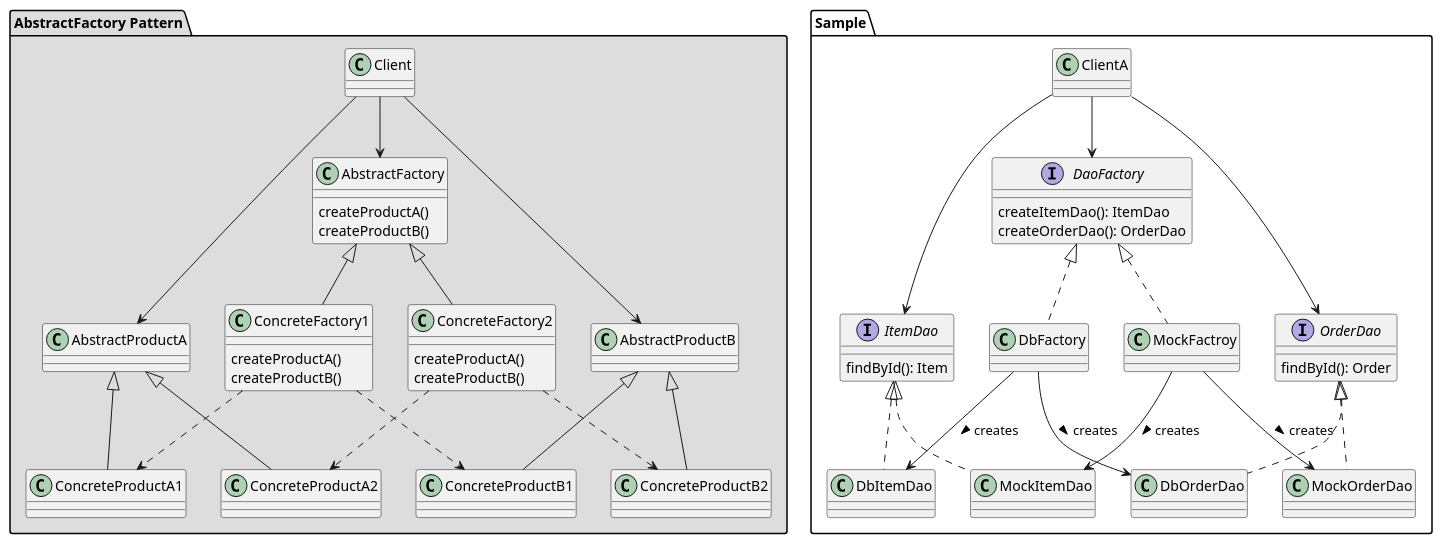
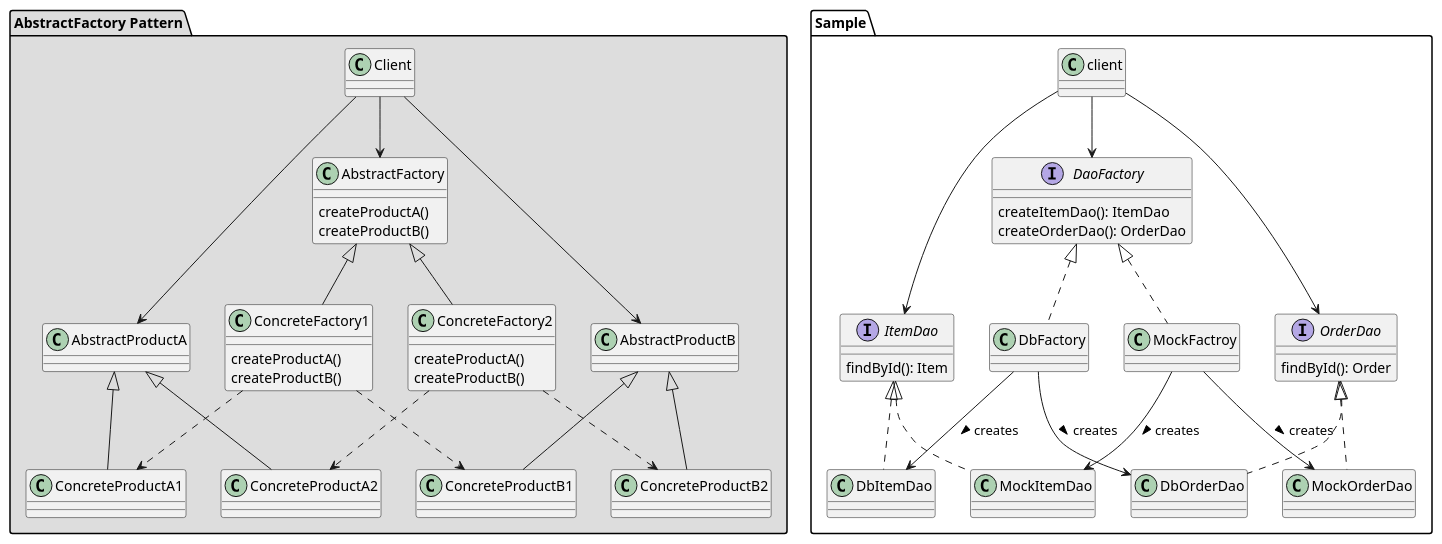
One commit to kenjis/PhpDesignPattern changed the diagram in AbstractFactory/AbstractFactory-class-dia.puml. Above: the diagram before and after it, drawn with PlantUML. The commit also changed 1 other file, not shown here.

Commit message:
docs: change client classname in Sample

```diff
--- a/AbstractFactory/AbstractFactory-class-dia.puml
+++ b/AbstractFactory/AbstractFactory-class-dia.puml
@@ -1,91 +1,91 @@
 @startuml
 
 package "AbstractFactory Pattern" #DDDDDD {
   class AbstractFactory {
     createProductA()
     createProductB()
   }
 
   class ConcreteFactory1 {
     createProductA()
     createProductB()
   }
 
   class ConcreteFactory2 {
     createProductA()
     createProductB()
   }
 
   AbstractFactory <|-- ConcreteFactory1
   AbstractFactory <|-- ConcreteFactory2
 
   class AbstractProductA
   class ConcreteProductA1
   class ConcreteProductA2
 
   AbstractProductA <|-- ConcreteProductA1
   AbstractProductA <|-- ConcreteProductA2
 
   class AbstractProductB
   class ConcreteProductB1
   class ConcreteProductB2
 
   AbstractProductB <|-- ConcreteProductB1
   AbstractProductB <|-- ConcreteProductB2
 
   ConcreteFactory1 ..> ConcreteProductA1
   ConcreteFactory1 ..> ConcreteProductB1
 
   ConcreteFactory2 ..> ConcreteProductA2
   ConcreteFactory2 ..> ConcreteProductB2
 
   class Client
 
   Client --> AbstractFactory
   Client --> AbstractProductA
   Client --> AbstractProductB
 }
 
 package "Sample" {
   interface DaoFactory {
     createItemDao(): ItemDao
     createOrderDao(): OrderDao
   }
   class DbFactory
   class MockFactroy
 
   DaoFactory <|.. DbFactory
   DaoFactory <|.. MockFactroy
 
   interface ItemDao {
     findById(): Item
   }
   class DbItemDao
   class MockItemDao
 
   ItemDao <|.. DbItemDao
   ItemDao <|.. MockItemDao
 
   interface OrderDao {
     findById(): Order
   }
   class DbOrderDao
   class MockOrderDao
 
   OrderDao <|.. DbOrderDao
   OrderDao <|.. MockOrderDao
 
-  class ClientA
+  class client
 
-  ClientA --> DaoFactory
-  ClientA --> ItemDao
-  ClientA --> OrderDao
+  client --> DaoFactory
+  client --> ItemDao
+  client --> OrderDao
 
   DbFactory --> DbItemDao : creates >
   DbFactory --> DbOrderDao : creates >
 
   MockFactroy --> MockItemDao : creates >
   MockFactroy --> MockOrderDao : creates >
 }
 
 @enduml
```
